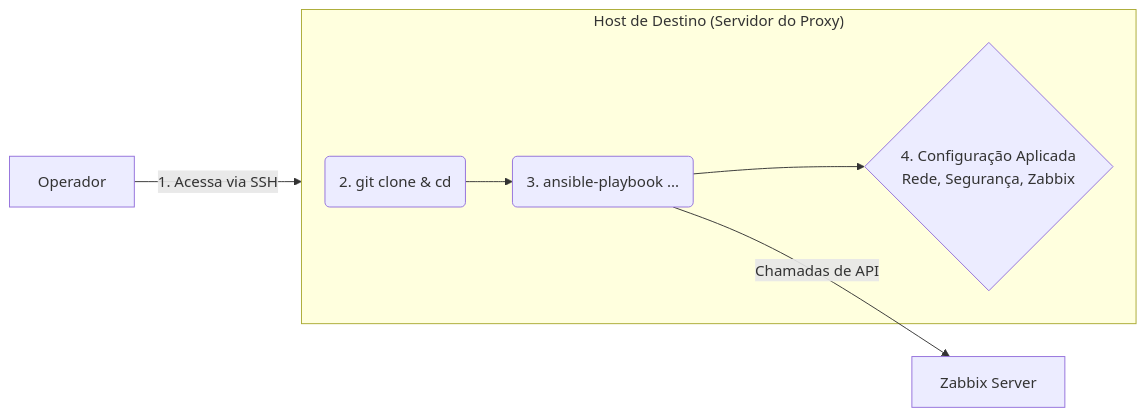
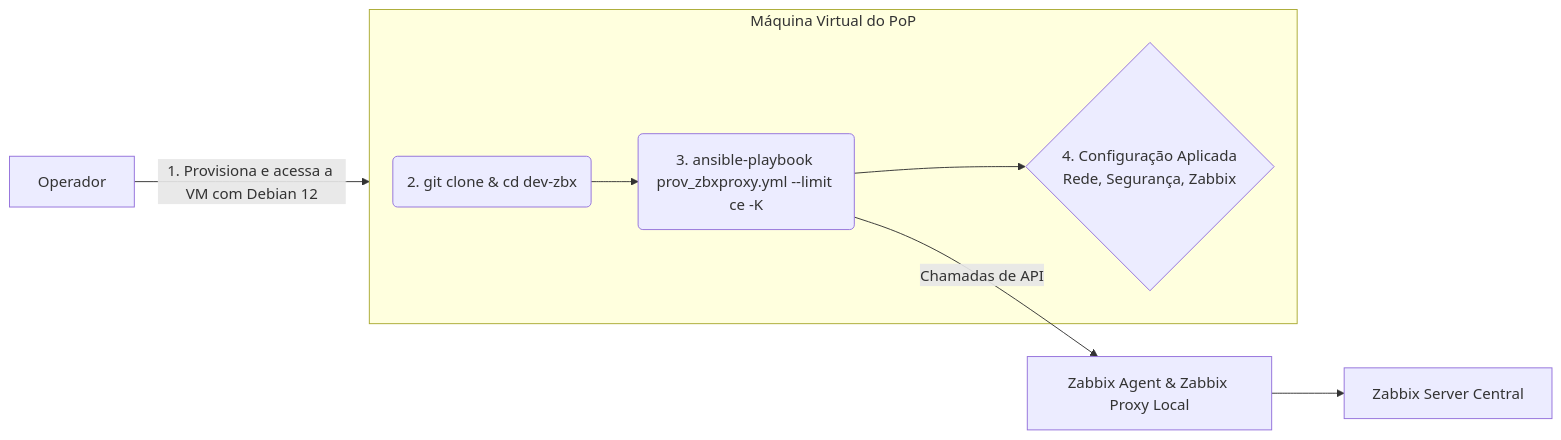
Before and after one commit to felipeanj0s/Delta: the diagram in test.md, drawn with Mermaid.

````diff
--- a/test.md
+++ b/test.md
@@ -21,14 +21,14 @@
 ```mermaid
 graph LR;
-    Operador -- 1. Acessa via SSH --> HostDestino;
+    Operador -- 1. Provisiona e acessa a VM com Debian 12 --> HostDestino;
 
-    subgraph HostDestino["Host de Destino (Servidor do Proxy)"]
-        A("2. git clone & cd");
-        B("3. ansible-playbook ...");
+    subgraph HostDestino["Máquina Virtual do PoP"]
+        A("2. git clone & cd dev-zbx");
+        B("3. ansible-playbook prov_zbxproxy.yml --limit ce -K ");
         C{"4. Configuração Aplicada<br>Rede, Segurança, Zabbix"};
         
         A --> B --> C;
     end
     
-    B -- Chamadas de API --> ZabbixServer[Zabbix Server];
+    B -- Chamadas de API --> ZabbixAgent&Proxy[Zabbix Agent & Zabbix Proxy Local]--> ZabbixServer[Zabbix Server Central];
 ```
````
